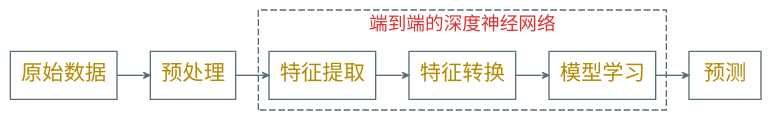
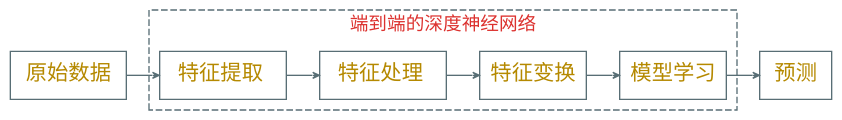
One commit to Avanti1980/course-gnn changed the diagram in dot/ml-modern.dot. Above: the diagram before and after it, drawn with Graphviz. The commit also changed 42 other files, not shown here.

```diff
--- a/dot/ml-modern.dot
+++ b/dot/ml-modern.dot
@@ -1,18 +1,18 @@
 digraph g {
     graph [nodesep=0.35, ranksep=0.35]
     rankdir=LR
     node [shape=box color="#586e75" fontname="EBG,fzlz" fontcolor="#b58900" fontsize=16]
     edge [arrowhead=vee color="#586e75" fontname="EBG,fzlz" fontcolor="#268bd2" fontsize=16 arrowsize=0.5]
     bgcolor="transparent"
 
-    原始数据 -> 预处理 -> 特征提取 -> 特征转换 -> 模型学习 -> 预测
+    " 原始数据 " -> "  特征提取  " -> "  特征处理  " -> 特征变换 -> 模型学习 -> 预测
 
     subgraph cluster_1 {
         color="#586e75"
         fontcolor="#dc322f"
         fontname="EBG,fzlz"
         style="dashed"
         label="端到端的深度神经网络"
-        特征提取 特征转换 模型学习
+        "  特征提取  " "  特征处理  " 特征变换 模型学习
     }
 }
```
